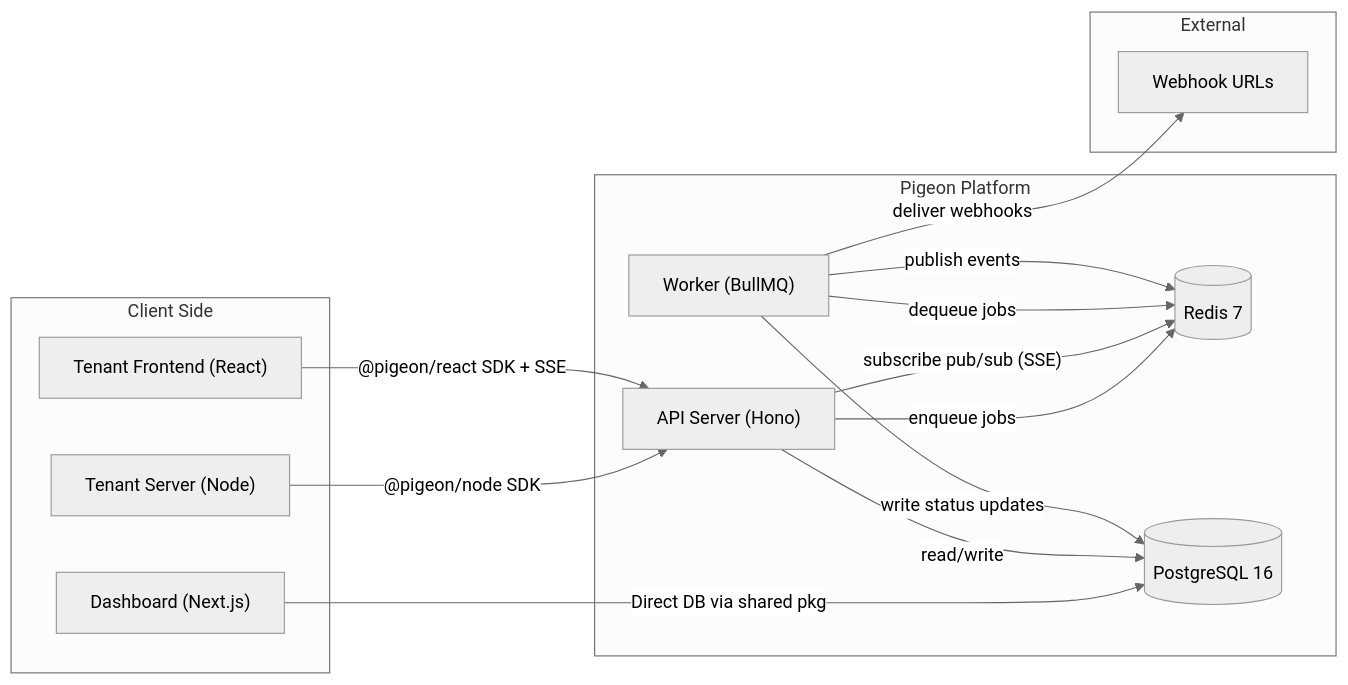
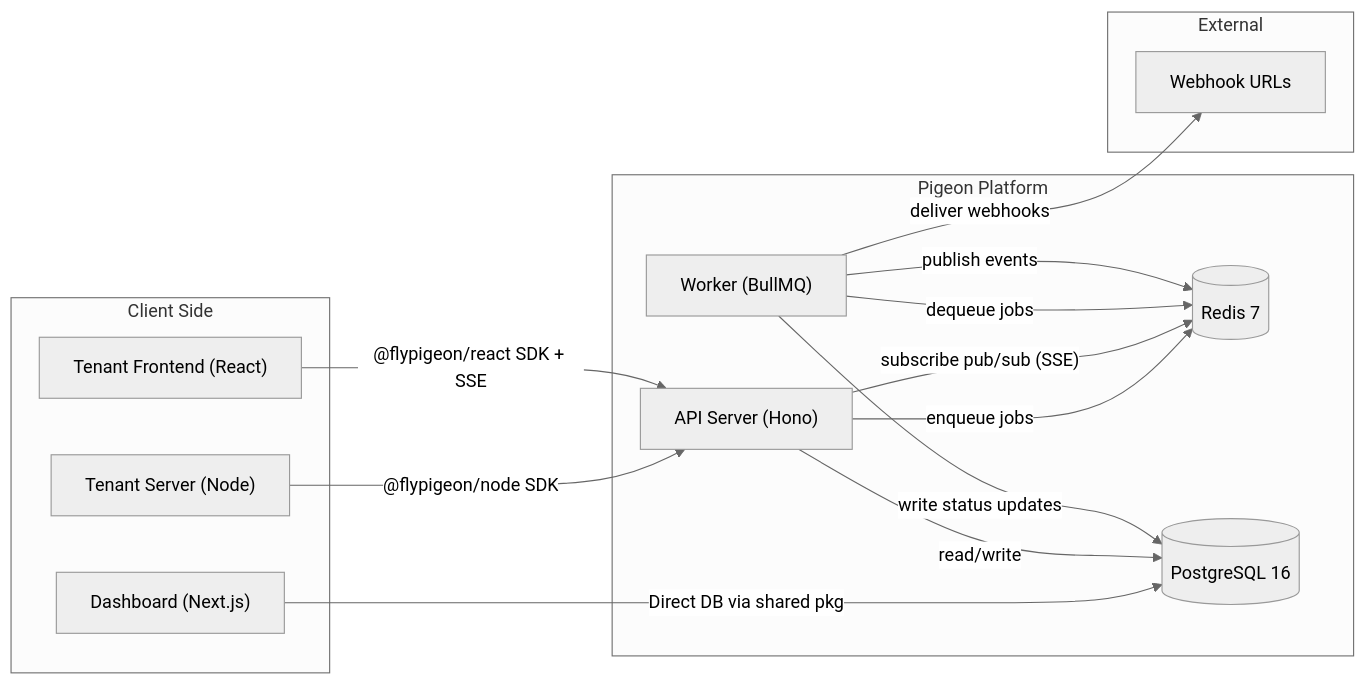
Before and after one commit to itsnitinr/pigeon: the first of 2 diagrams in .cursor/plans/pigeon_mvp_implementation_0b9db298.plan.md, drawn with Mermaid (neutral theme). The commit also changed other lines of this file and 49 other files, not shown here.

Commit message:
pigeon -> flypigeon

````diff
--- a/.cursor/plans/pigeon_mvp_implementation_0b9db298.plan.md
+++ b/.cursor/plans/pigeon_mvp_implementation_0b9db298.plan.md
@@ -51,32 +51,32 @@
 ```mermaid
 graph LR
     subgraph clients [Client Side]
         TenantServer["Tenant Server (Node)"]
         TenantFrontend["Tenant Frontend (React)"]
         DashboardUI["Dashboard (Next.js)"]
     end
 
     subgraph pigeon [Pigeon Platform]
         API["API Server (Hono)"]
         Worker["Worker (BullMQ)"]
         Redis[("Redis 7")]
         PG[("PostgreSQL 16")]
     end
 
     subgraph external [External]
         WebhookURL["Webhook URLs"]
     end
 
-    TenantServer -->|"@pigeon/node SDK"| API
-    TenantFrontend -->|"@pigeon/react SDK + SSE"| API
+    TenantServer -->|"@flypigeon/node SDK"| API
+    TenantFrontend -->|"@flypigeon/react SDK + SSE"| API
     DashboardUI -->|"Direct DB via shared pkg"| PG
 
     API -->|"read/write"| PG
     API -->|"enqueue jobs"| Redis
     API -->|"subscribe pub/sub (SSE)"| Redis
 
     Worker -->|"dequeue jobs"| Redis
     Worker -->|"write status updates"| PG
     Worker -->|"publish events"| Redis
     Worker -->|"deliver webhooks"| WebhookURL
 ```
````
